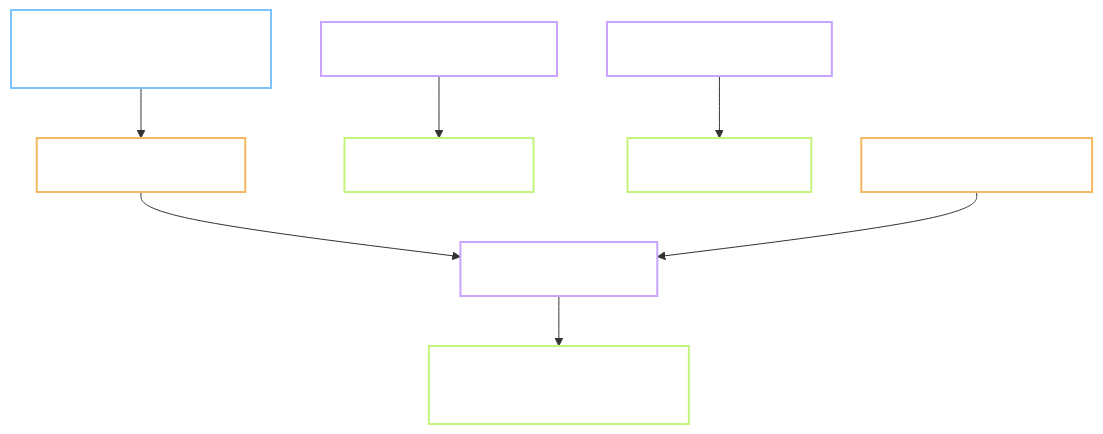
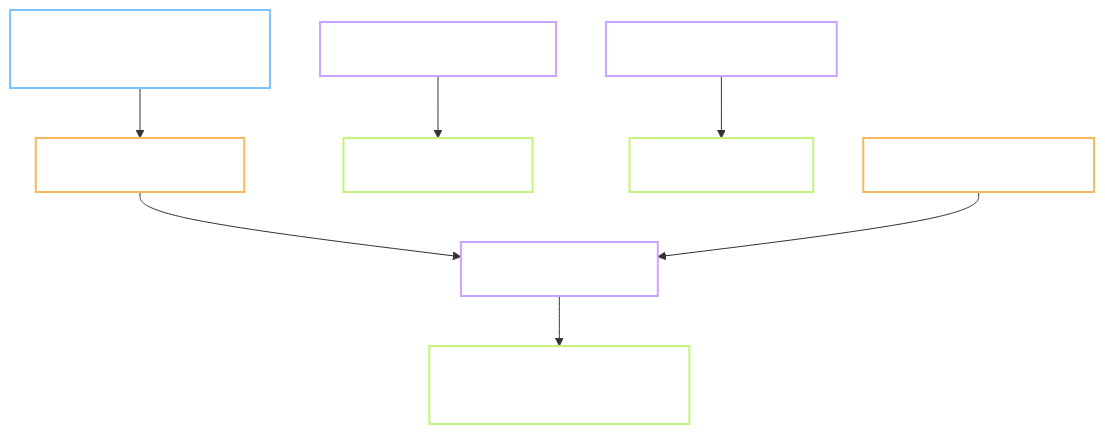
The diagram in docs/tasks/P.2/Plan.md (hieudelfi/MoonEgg), drawn with Mermaid before and after one commit. The commit also changed other lines of this file and 3 other files, not shown here.

````diff
--- a/docs/tasks/P.2/Plan.md
+++ b/docs/tasks/P.2/Plan.md
@@ -79,14 +87,14 @@
 ```mermaid
 graph TB
     A["supabase/schema.sql in the repo"]:::cyan --> B["Supabase SQL editor"]:::amber
     B --> C["7 tables, index, RLS"]:::purple
     C --> D["TC-AU-04: user A cannot read user B"]:::green
     E["R2 bucket vocab-content"]:::purple --> F["curl one public file"]:::green
-    G["Pages site, empty page"]:::purple --> H["URL answers 200"]:::green
+    G["Worker site, empty page"]:::purple --> H["URL answers 200"]:::green
     I["ping action every 3 days"]:::amber --> C
 
     classDef amber fill:transparent,stroke:#f4b860,stroke-width:2px,color:#fff
     classDef cyan fill:transparent,stroke:#7cc4ff,stroke-width:2px,color:#fff
     classDef green fill:transparent,stroke:#c4f47c,stroke-width:2px,color:#fff
     classDef purple fill:transparent,stroke:#c8a4ff,stroke-width:2px,color:#fff
 ```
````
